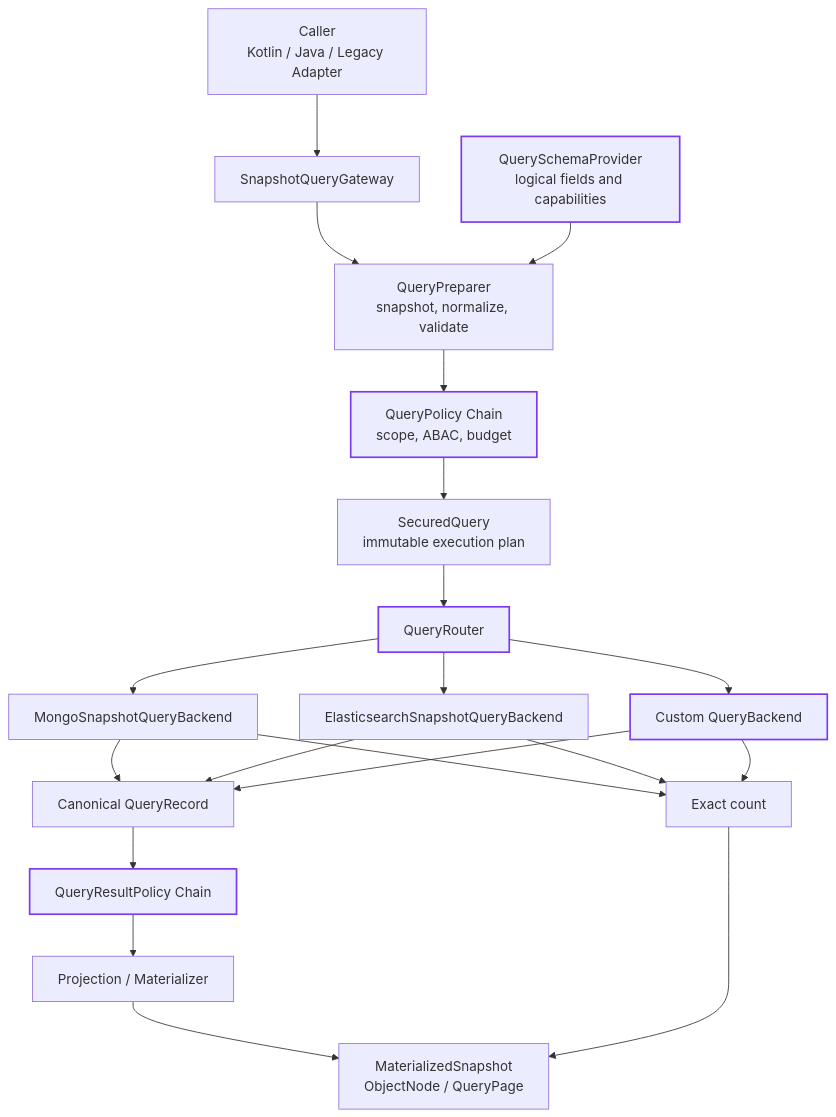
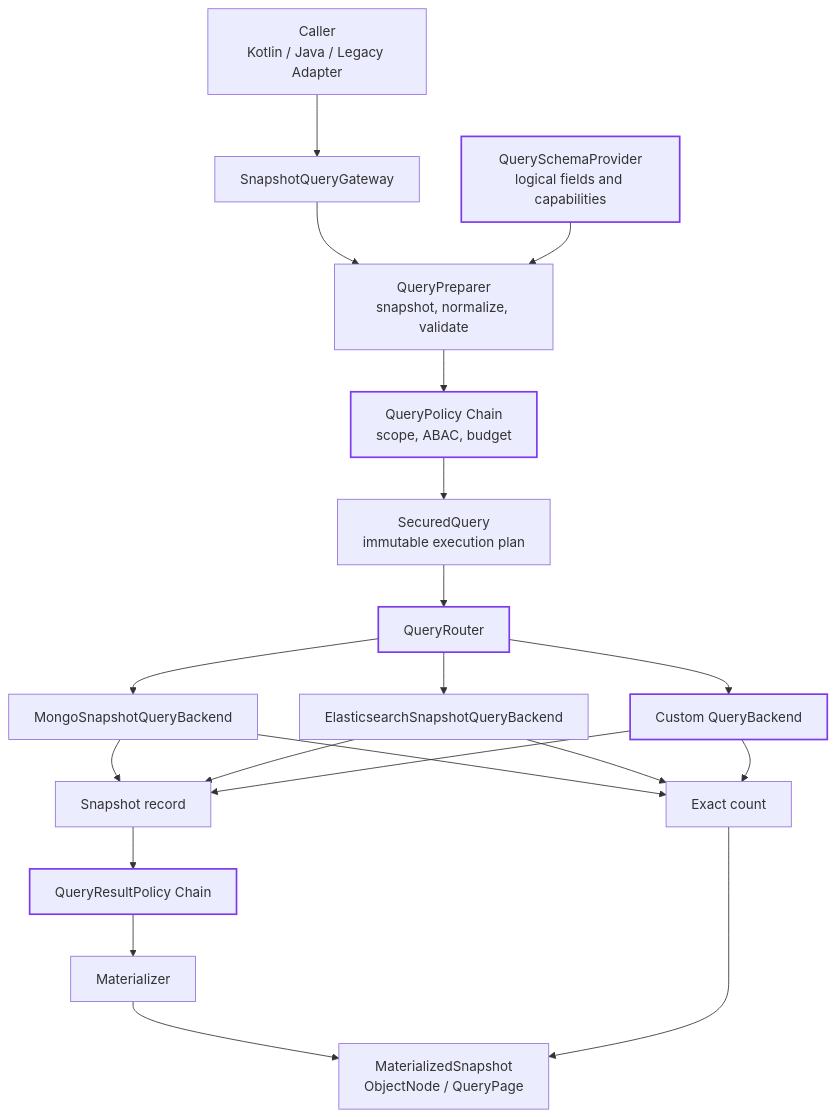
Before and after one commit to Ahoo-Wang/Wow: the first of 2 diagrams in documentation/docs/en/guide/snapshot-query-gateway.md, drawn with Mermaid. The commit also changed other lines of this file and 18 other files, not shown here.

Commit message:
refactor(query): simplify snapshot query pipeline

````diff
--- a/documentation/docs/en/guide/snapshot-query-gateway.md
+++ b/documentation/docs/en/guide/snapshot-query-gateway.md
@@ -43,25 +43,25 @@
 ```mermaid
 flowchart TB
     Caller["Caller<br/>Kotlin / Java / Legacy Adapter"] --> Gateway["SnapshotQueryGateway"]
     Gateway --> Prepare["QueryPreparer<br/>snapshot, normalize, validate"]
     Schema["QuerySchemaProvider<br/>logical fields and capabilities"] --> Prepare
     Prepare --> Policy["QueryPolicy Chain<br/>scope, ABAC, budget"]
     Policy --> Secured["SecuredQuery<br/>immutable execution plan"]
     Secured --> Router["QueryRouter"]
     Router --> Mongo["MongoSnapshotQueryBackend"]
     Router --> ES["ElasticsearchSnapshotQueryBackend"]
     Router --> Custom["Custom QueryBackend"]
-    Mongo --> Record["Canonical QueryRecord"]
+    Mongo --> Record["Snapshot record"]
     ES --> Record
     Custom --> Record
     Mongo --> Count["Exact count"]
     ES --> Count
     Custom --> Count
     Record --> Result["QueryResultPolicy Chain"]
-    Result --> Materialize["Projection / Materializer"]
+    Result --> Materialize["Materializer"]
     Materialize --> Output["MaterializedSnapshot<br/>ObjectNode / QueryPage"]
     Count --> Output
 
     classDef extension stroke:#7c3aed,stroke-width:2px
     class Schema,Policy,Router,Custom,Result extension
 ```
````
